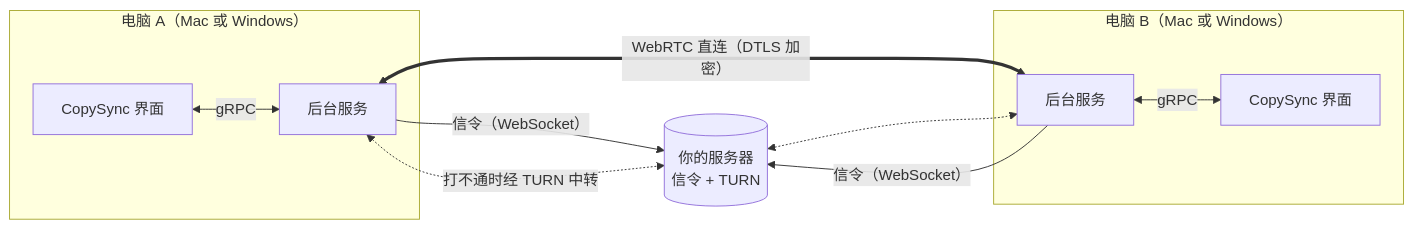
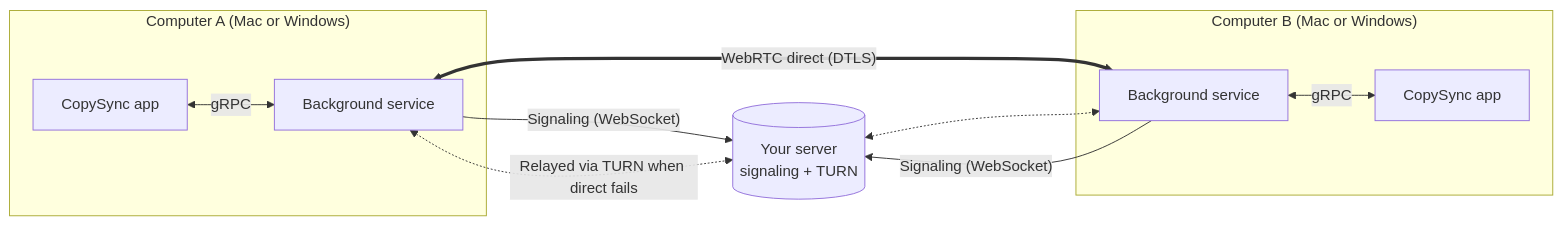
The diagram in README.md (baiyuze/copysync), drawn with Mermaid before and after one commit. The commit also changed other lines of this file and 4 other files, not shown here.

````diff
--- a/README.md
+++ b/README.md
@@ -150,15 +152,15 @@
 ```mermaid
 flowchart LR
-    subgraph A["电脑 A（Mac 或 Windows）"]
-        UA["CopySync 界面"] <-- "gRPC" --> DA["后台服务"]
+    subgraph A["Computer A (Mac or Windows)"]
+        UA["CopySync app"] <-- "gRPC" --> DA["Background service"]
     end
-    subgraph B["电脑 B（Mac 或 Windows）"]
-        DB["后台服务"] <-- "gRPC" --> UB["CopySync 界面"]
+    subgraph B["Computer B (Mac or Windows)"]
+        DB["Background service"] <-- "gRPC" --> UB["CopySync app"]
     end
-    S[("你的服务器\n信令 + TURN")]
-    DA -- "信令（WebSocket）" --> S
-    DB -- "信令（WebSocket）" --> S
-    DA <== "WebRTC 直连（DTLS 加密）" ==> DB
-    DA <-. "打不通时经 TURN 中转" .-> S
+    S[("Your server\nsignaling + TURN")]
+    DA -- "Signaling (WebSocket)" --> S
+    DB -- "Signaling (WebSocket)" --> S
+    DA <== "WebRTC direct (DTLS)" ==> DB
+    DA <-. "Relayed via TURN when direct fails" .-> S
     S <-.-> DB
 ```
````
